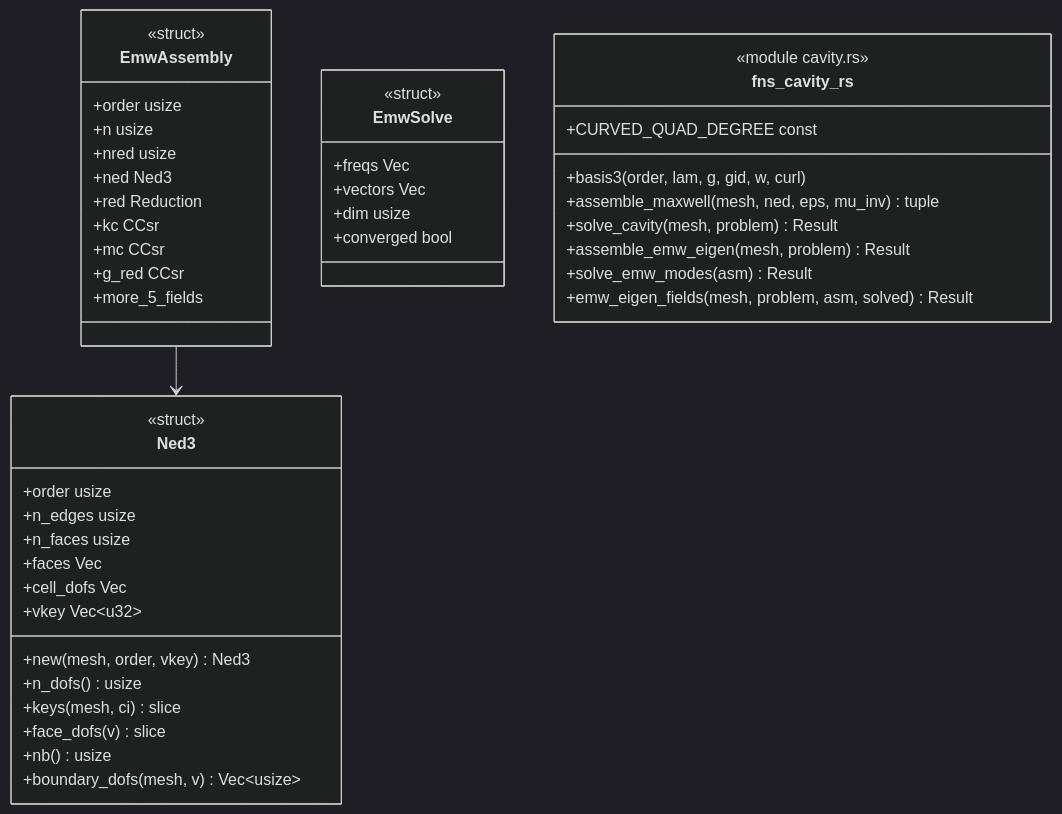
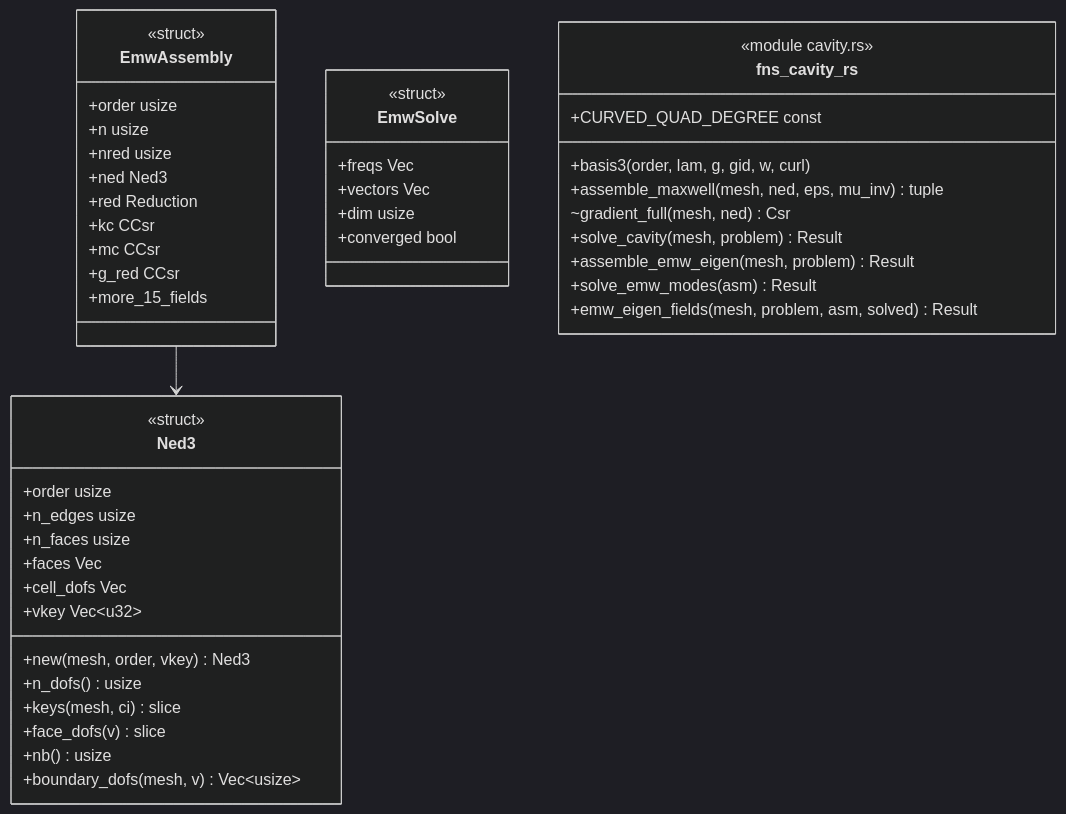
Before and after one commit to p-j-r/nyx: the diagram in docs/architecture/c4/4-code/ems/cavity.md, drawn with Mermaid (dark theme). The commit also changed other lines of this file and 208 other files, not shown here.

````diff
--- a/docs/architecture/c4/4-code/ems/cavity.md
+++ b/docs/architecture/c4/4-code/ems/cavity.md
@@ -35,48 +38,49 @@
 ```mermaid
 classDiagram
   class Ned3 {
       <<struct>>
       +order usize
       +n_edges usize
       +n_faces usize
       +faces Vec
       +cell_dofs Vec
       +vkey Vec~u32~
       +new(mesh, order, vkey) Ned3
       +n_dofs() usize
       +keys(mesh, ci) slice
       +face_dofs(v) slice
       +nb() usize
       +boundary_dofs(mesh, v) Vec~usize~
   }
   class EmwAssembly {
       <<struct>>
       +order usize
       +n usize
       +nred usize
       +ned Ned3
       +red Reduction
       +kc CCsr
       +mc CCsr
       +g_red CCsr
-      +more_5_fields
+      +more_15_fields
   }
   class EmwSolve {
       <<struct>>
       +freqs Vec
       +vectors Vec
       +dim usize
       +converged bool
   }
   class fns_cavity_rs {
       <<module cavity.rs>>
       +basis3(order, lam, g, gid, w, curl)
       +assemble_maxwell(mesh, ned, eps, mu_inv) tuple
+      ~gradient_full(mesh, ned) Csr
       +solve_cavity(mesh, problem) Result
       +assemble_emw_eigen(mesh, problem) Result
       +solve_emw_modes(asm) Result
       +emw_eigen_fields(mesh, problem, asm, solved) Result
       +CURVED_QUAD_DEGREE const
   }
   EmwAssembly --> Ned3
 ```
````
